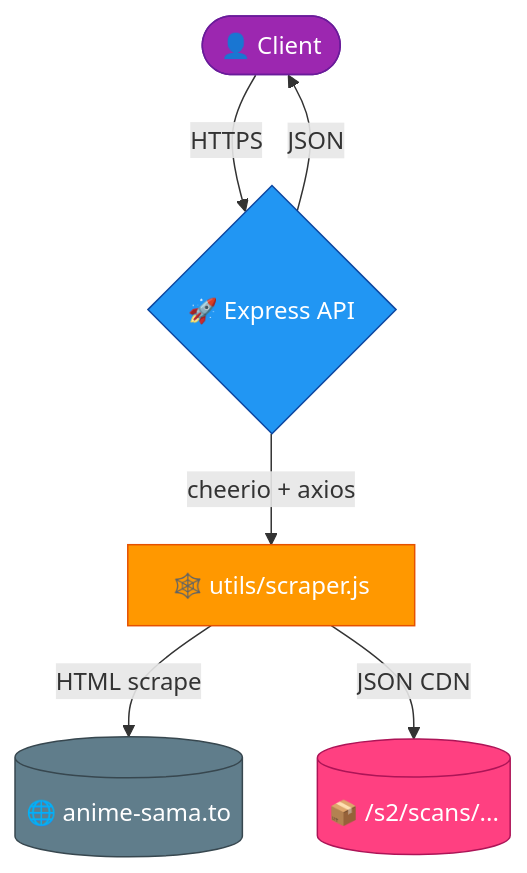
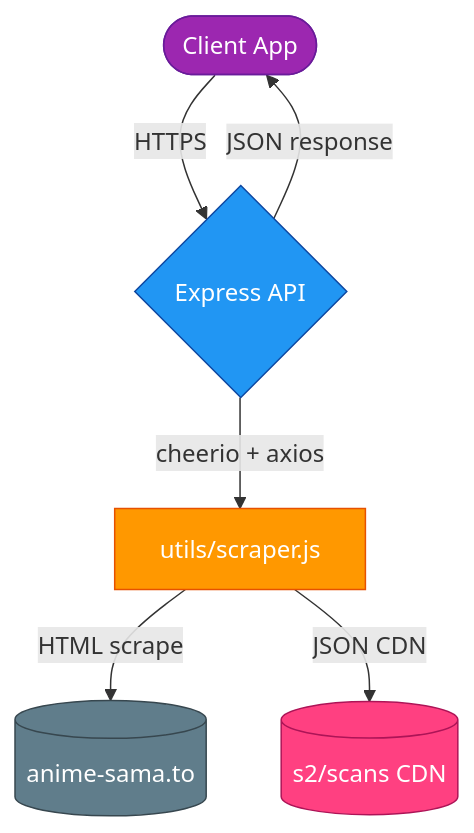
Before and after one commit to Atomic-tech-Shadow/AnimeSamaScraper: the second of 2 diagrams in README.md, drawn with Mermaid. The commit also changed other lines of this file and 2 other files, not shown here.

Commit message:
Fix rendering issues in documentation diagrams
Corrected Mermaid syntax and removed emojis from diagram labels in README.md to ensure proper rendering on GitHub.

Replit-Commit-Author: Agent
Replit-Commit-Session-Id: cd253b64-6feb-457d-a252-4ec219c598c2
Replit-Commit-Checkpoint-Type: full_checkpoint
Replit-Commit-Event-Id: 2684439b-c49b-4732-b170-090d0705f54d
Replit-Commit-Screenshot-Url: https://storage.googleapis.com/screenshot-production-us-central1/cfff2695-885b-452f-a7cd-5c41f4b8a980/cd253b64-6feb-457d-a252-4ec219c598c2/WpM4Unt
Replit-Helium-Checkpoint-Created: true

````diff
--- a/README.md
+++ b/README.md
@@ -93,14 +93,14 @@
 ```mermaid
 flowchart TB
-    Client([👤 Client]) -->|HTTPS| API{🚀 Express API}
-    API -->|cheerio + axios| Scraper[🕸️ utils/scraper.js]
-    Scraper -->|HTML scrape| AS[(🌐 anime-sama.to)]
-    Scraper -->|JSON CDN| CDN[(📦 /s2/scans/...)]
-    API -->|JSON| Client
+    Client([Client App]) -->|HTTPS| API{Express API}
+    API -->|cheerio + axios| Scraper[utils/scraper.js]
+    Scraper -->|HTML scrape| AS[(anime-sama.to)]
+    Scraper -->|JSON CDN| CDN[(s2/scans CDN)]
+    API -->|JSON response| Client
 
     style Client fill:#9c27b0,stroke:#6a1b9a,color:#fff
     style API fill:#2196f3,stroke:#0d47a1,color:#fff
     style Scraper fill:#ff9800,stroke:#e65100,color:#fff
     style AS fill:#607d8b,stroke:#37474f,color:#fff
     style CDN fill:#ff4081,stroke:#ad1457,color:#fff
 ```
````
